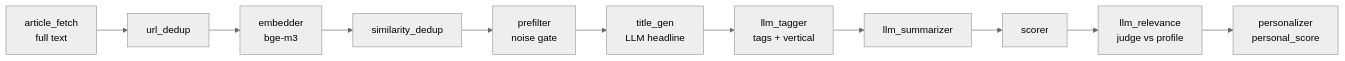
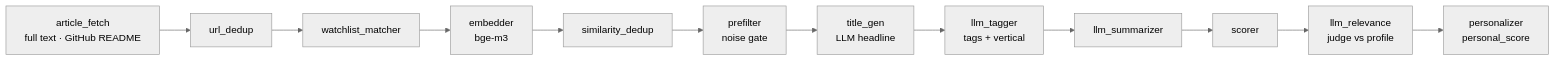
Before and after one commit to dream-x/homyak: the second of 2 diagrams in README.md, drawn with Mermaid (neutral theme). The commit also changed other lines of this file and 4 other files, not shown here.

First line of the commit message:
docs: bring the architecture, README and project guide back in step

````diff
--- a/README.md
+++ b/README.md
@@ -91,9 +91,9 @@
 ```mermaid
 flowchart LR
-    A["article_fetch<br/>full text"] --> B["url_dedup"]
-    B --> C["embedder<br/>bge-m3"] --> D["similarity_dedup"]
+    A["article_fetch<br/>full text · GitHub README"] --> B["url_dedup"]
+    B --> W["watchlist_matcher"] --> C["embedder<br/>bge-m3"] --> D["similarity_dedup"]
     D --> P["prefilter<br/>noise gate"] --> T["title_gen<br/>LLM headline"]
     T --> E["llm_tagger<br/>tags + vertical"] --> F["llm_summarizer"]
     F --> G["scorer"] --> H["llm_relevance<br/>judge vs profile"]
     H --> I["personalizer<br/>personal_score"]
 ```
````
